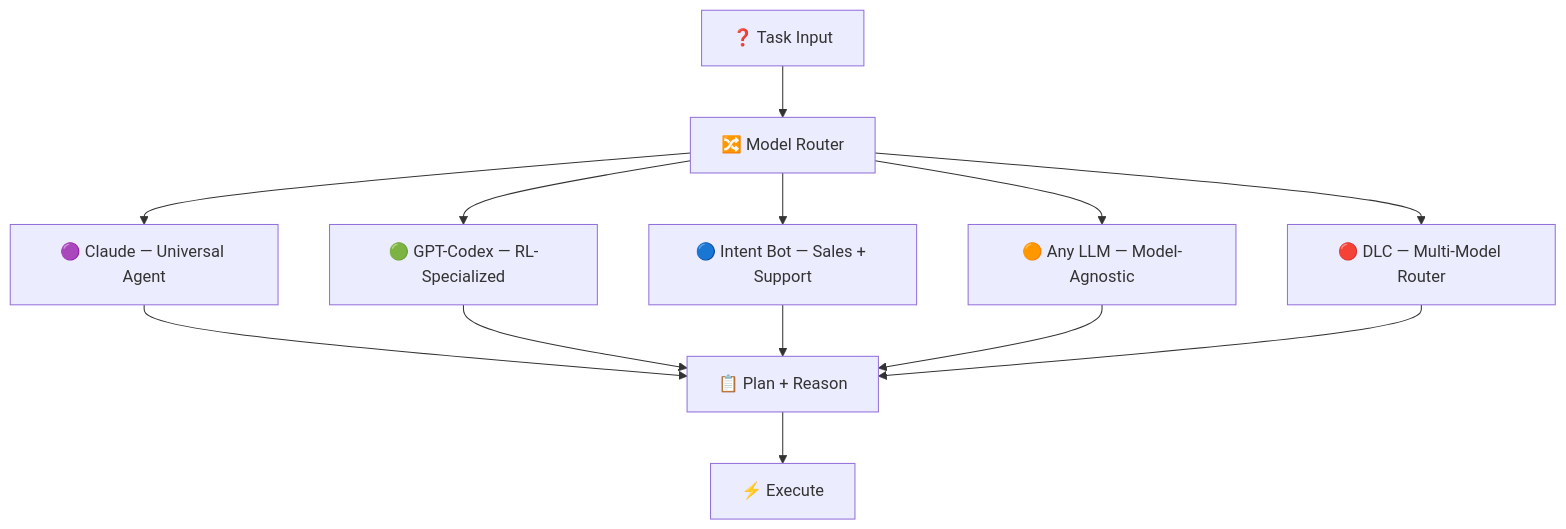
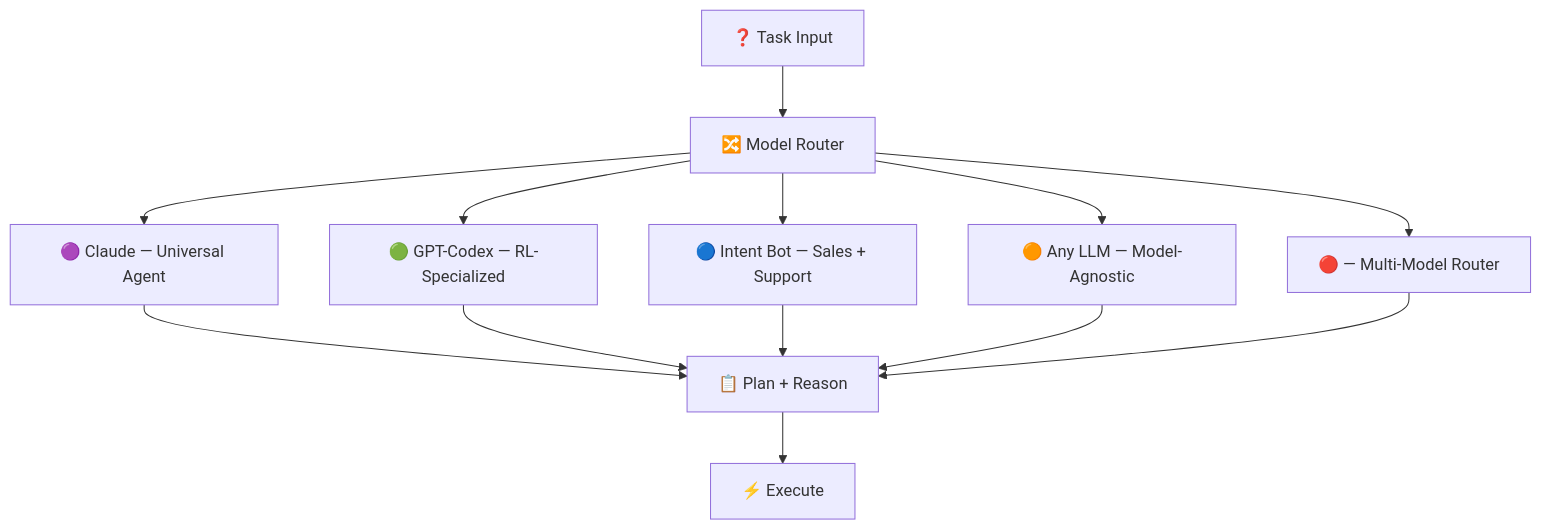
Diagram 36 of 44 in MD/README.md (AaronCWacker/AI-UI-UX-JS), drawn with Mermaid before and after one commit. The commit also changed other lines of this file, not shown here.

````diff
--- a/MD/README.md
+++ b/MD/README.md
@@ -1585,15 +1585,15 @@
 ```mermaid
 flowchart TD
   Q["❓ Task Input"] --> ROUTER["🔀 Model Router"]
   ROUTER --> A1["🟣 Claude — Universal Agent"]
   ROUTER --> A2["🟢 GPT-Codex — RL-Specialized"]
   ROUTER --> A3["🔵 Intent Bot — Sales + Support"]
   ROUTER --> A4["🟠 Any LLM — Model-Agnostic"]
-  ROUTER --> A5["🔴 DLC — Multi-Model Router"]
+  ROUTER --> A5["🔴  — Multi-Model Router"]
   A1 --> PLAN["📋 Plan + Reason"]
   A2 --> PLAN
   A3 --> PLAN
   A4 --> PLAN
   A5 --> PLAN
   PLAN --> ACT["⚡ Execute"]
 ```
````
